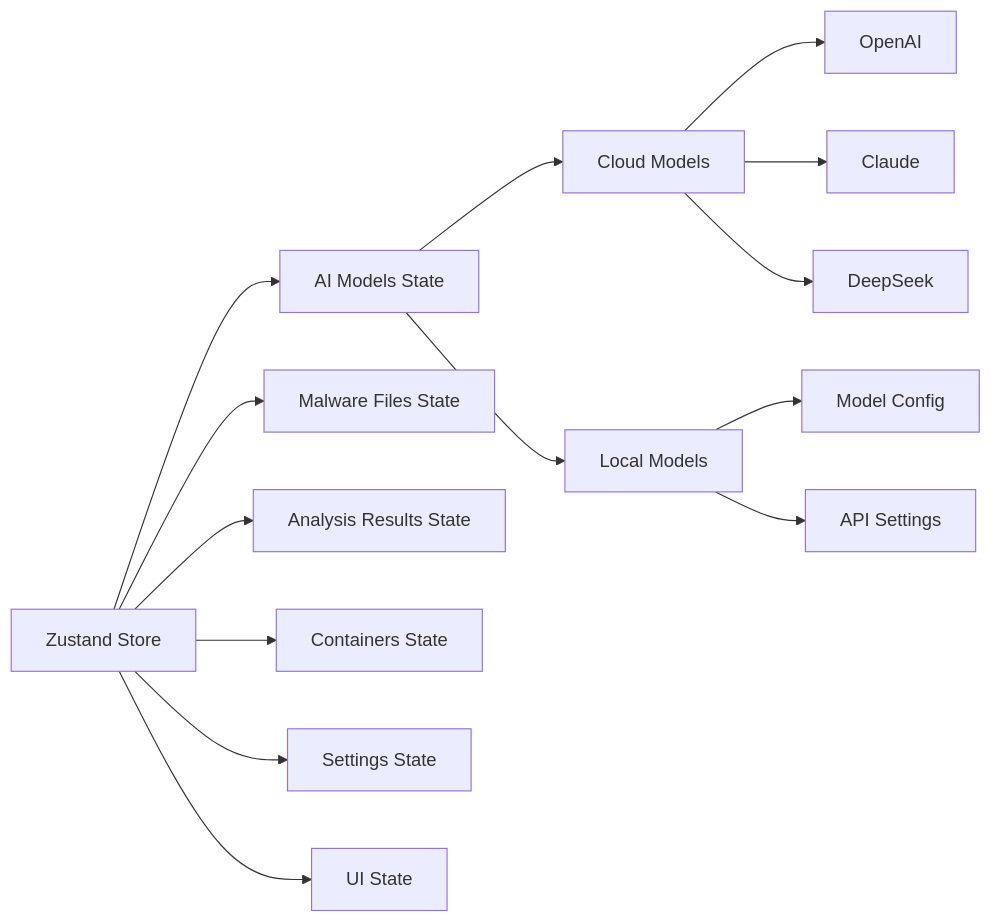
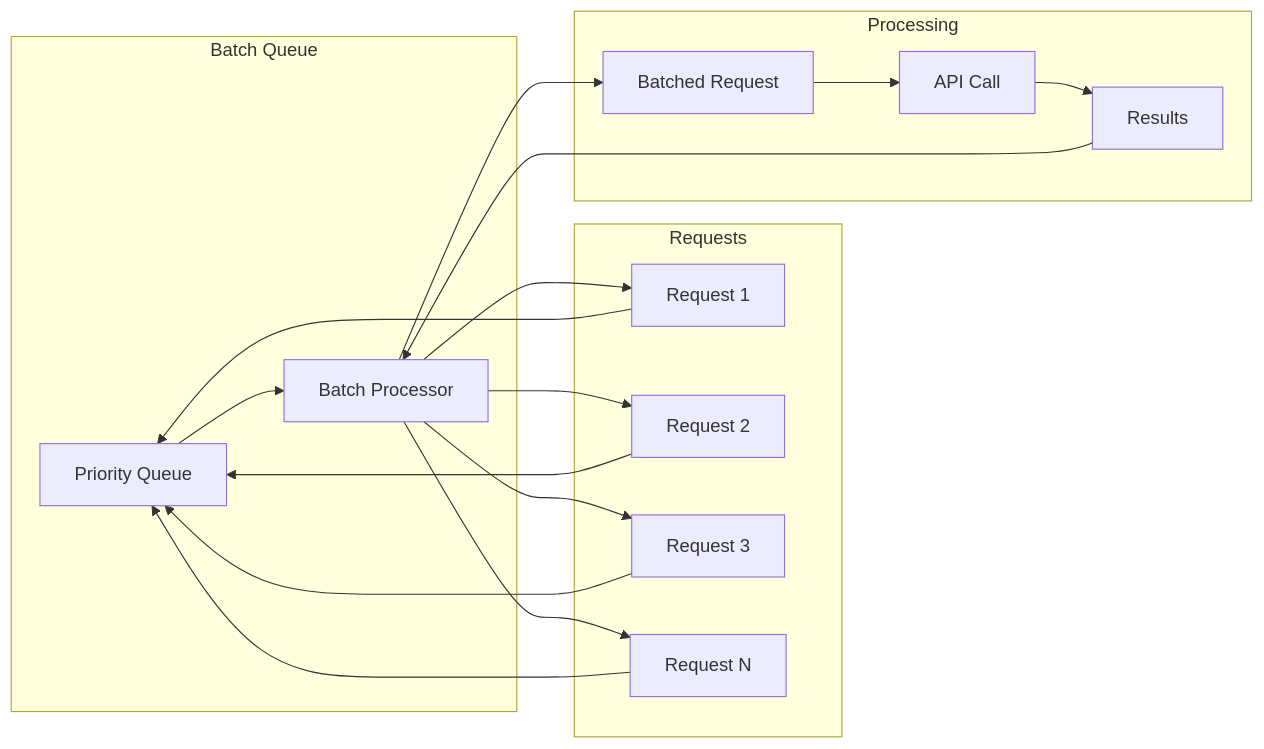
One commit to radicalkjax/Athena changed diagram 11 of 24 in docs/ARCHITECTURE.md. Above: the diagram before and after it, drawn with Mermaid. The commit also changed other lines of this file and 94 other files, not shown here.

````diff
--- a/docs/ARCHITECTURE.md
+++ b/docs/ARCHITECTURE.md
@@ -321,19 +435,36 @@
 ```mermaid
-flowchart LR
-    A[Zustand Store] --> B[AI Models State]
-    A --> C[Malware Files State]
-    A --> D[Analysis Results State]
-    A --> E[Containers State]
-    A --> F[Settings State]
-    A --> G[UI State]
+graph LR
+    subgraph "Batch Queue"
+        Queue[Priority Queue]
+        Processor[Batch Processor]
+    end
     
-    B --> B1[Cloud Models]
-    B --> B2[Local Models]
+    subgraph "Requests"
+        R1[Request 1]
+        R2[Request 2]
+        R3[Request 3]
+        Rn[Request N]
+    end
     
-    B1 --> B1a[OpenAI]
-    B1 --> B1b[Claude]
-    B1 --> B1c[DeepSeek]
+    subgraph "Processing"
+        Batch[Batched Request]
+        API[API Call]
+        Results[Results]
+    end
     
-    B2 --> B2a[Model Config]
-    B2 --> B2b[API Settings]
+    R1 --> Queue
+    R2 --> Queue
+    R3 --> Queue
+    Rn --> Queue
+    
+    Queue --> Processor
+    Processor --> Batch
+    Batch --> API
+    API --> Results
+    Results --> Processor
+    
+    Processor --> R1
+    Processor --> R2
+    Processor --> R3
+    Processor --> Rn
 ```
````
